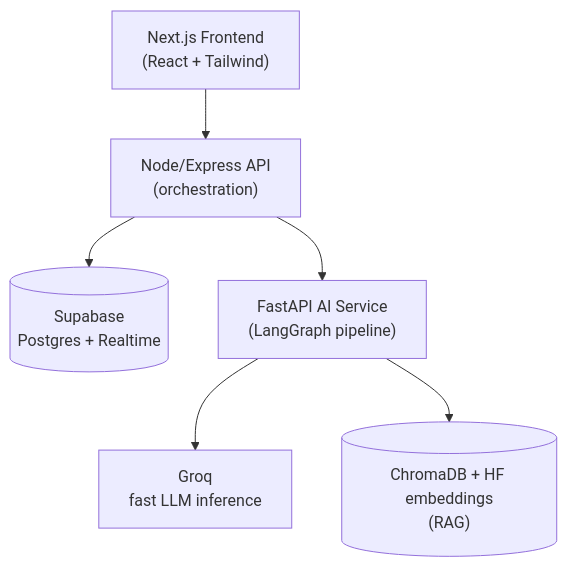
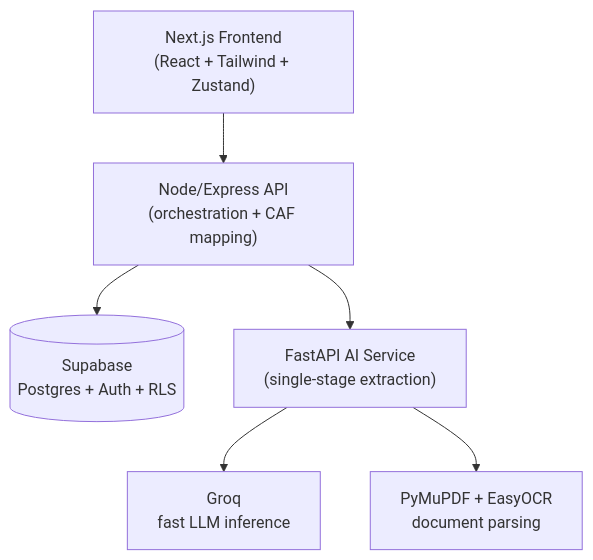
One commit to virajkvk18/AARAMBH changed the diagram in README.md. Above: the diagram before and after it, drawn with Mermaid. The commit also changed other lines of this file, not shown here.

````diff
--- a/README.md
+++ b/README.md
@@ -58,8 +66,8 @@
 ```mermaid
 flowchart TD
-    A["Next.js Frontend<br/>(React + Tailwind)"] --> B["Node/Express API<br/>(orchestration)"]
-    B --> C[("Supabase<br/>Postgres + Realtime")]
-    B --> D["FastAPI AI Service<br/>(LangGraph pipeline)"]
+    A["Next.js Frontend<br/>(React + Tailwind + Zustand)"] --> B["Node/Express API<br/>(orchestration + CAF mapping)"]
+    B --> C[("Supabase<br/>Postgres + Auth + RLS")]
+    B --> D["FastAPI AI Service<br/>(single-stage extraction)"]
     D --> E["Groq<br/>fast LLM inference"]
-    D --> F[("ChromaDB + HF embeddings<br/>(RAG)")]
+    D --> F["PyMuPDF + EasyOCR<br/>document parsing"]
 ```
````
